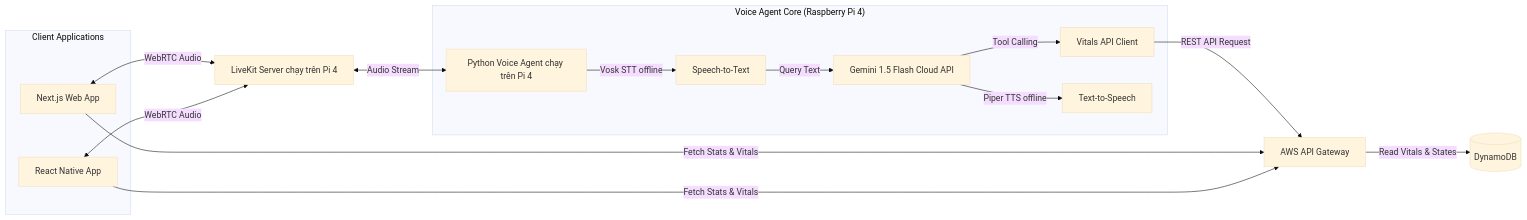
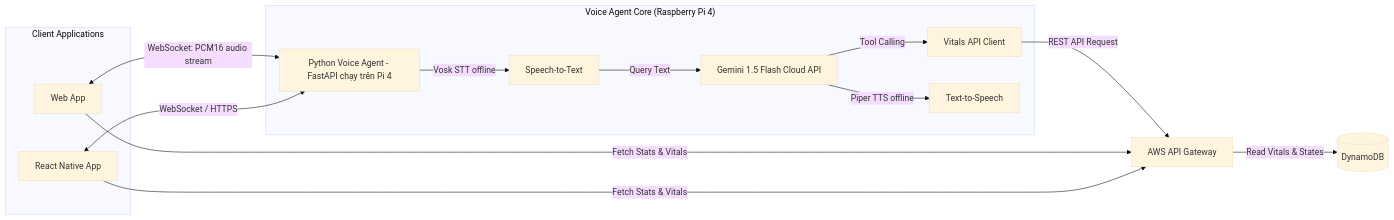
The second of 2 diagrams in 03_Outputs/01_Pipeline.md (hdung274520/HCMUT-Project), drawn with Mermaid (base theme) before and after one commit. The commit also changed other lines of this file, not shown here.

First line of the commit message:
docs(pipeline): replace LiveKit with direct WebSocket voice agent architecture

````diff
--- a/03_Outputs/01_Pipeline.md
+++ b/03_Outputs/01_Pipeline.md
@@ -50,24 +50,22 @@
 ```mermaid
 graph LR
     subgraph Apps ["Client Applications"]
-        Web[Next.js Web App]
+        Web[Web App]
         Android[React Native App]
     end
 
-    Web <-->|WebRTC Audio| LiveKit[LiveKit Server chạy trên Pi 4]
-    Android <-->|WebRTC Audio| LiveKit
-    
-    LiveKit <-->|Audio Stream| Agent[Python Voice Agent chạy trên Pi 4]
-    
+    Web <-->|WebSocket: PCM16 audio stream| Agent[Python Voice Agent - FastAPI chạy trên Pi 4]
+    Android <-->|WebSocket / HTTPS| Agent
+
     subgraph Voice ["Voice Agent Core (Raspberry Pi 4)"]
         Agent -->|Vosk STT offline| STT[Speech-to-Text]
         STT -->|Query Text| LLM[Gemini 1.5 Flash Cloud API]
         LLM -->|Tool Calling| Tool[Vitals API Client]
         LLM -->|Piper TTS offline| TTS[Text-to-Speech]
     end
 
     Tool -->|REST API Request| IoT_API[AWS API Gateway]
     Web -->|Fetch Stats & Vitals| IoT_API
     Android -->|Fetch Stats & Vitals| IoT_API
     IoT_API -->|Read Vitals & States| DB_Read[(DynamoDB)]
 ```
````
